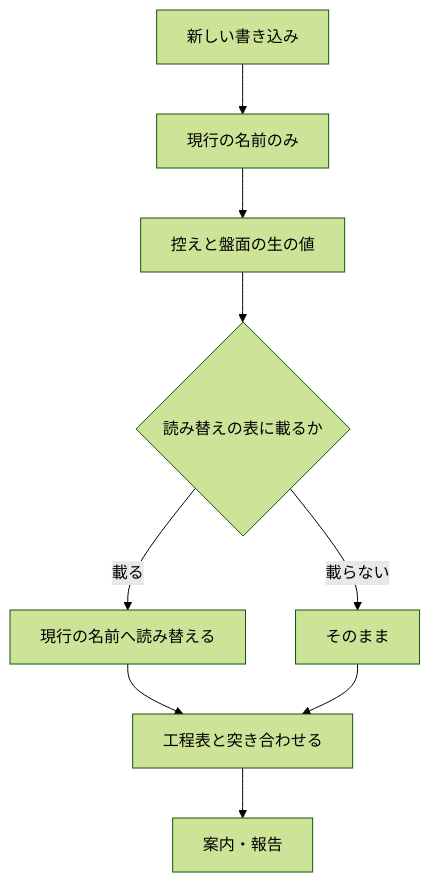
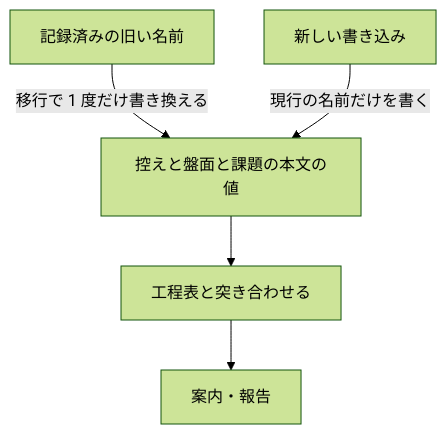
Before and after one commit to devbasex/ai-plugins: the diagram in issues/issue-421-423-391-modes-and-stages/02-design.md, drawn with Mermaid (forest theme). The commit also changed other lines of this file and 1 other file, not shown here.

````diff
--- a/issues/issue-421-423-391-modes-and-stages/02-design.md
+++ b/issues/issue-421-423-391-modes-and-stages/02-design.md
@@ -252,11 +254,7 @@
 ```mermaid
 flowchart TD
-    R[控えと盤面の生の値] --> A{読み替えの表に載るか}
-    A -->|載る| B[現行の名前へ読み替える]
-    A -->|載らない| C[そのまま]
-    B --> D[工程表と突き合わせる]
-    C --> D
+    M[記録済みの旧い名前] -->|移行で 1 度だけ書き換える| R
+    W[新しい書き込み] -->|現行の名前だけを書く| R
+    R[控えと盤面と課題の本文の値] --> D[工程表と突き合わせる]
     D --> E[案内・報告]
-    W[新しい書き込み] --> F[現行の名前のみ]
-    F --> R
 ```
````
